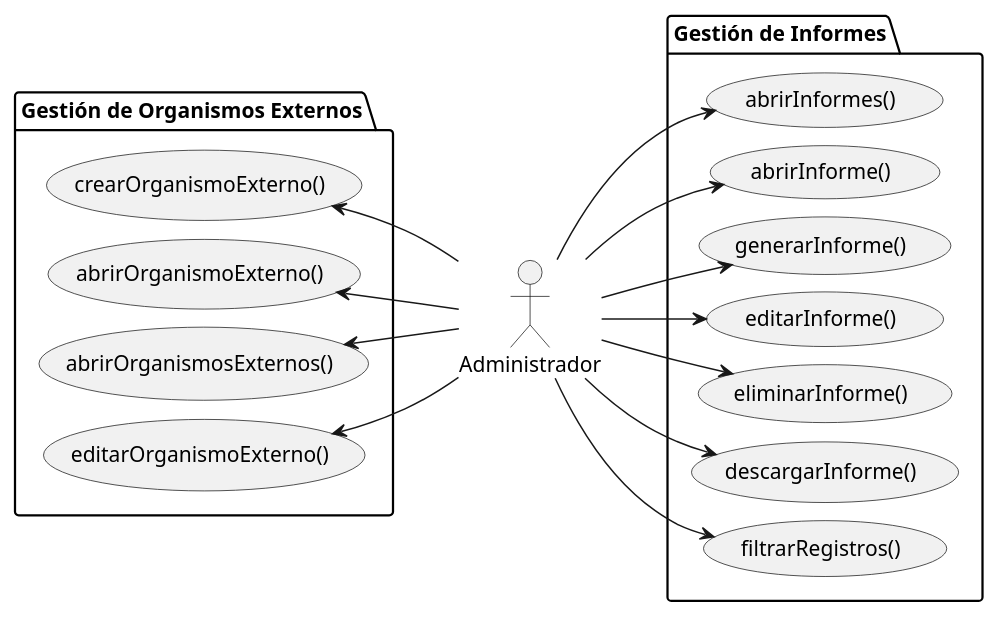
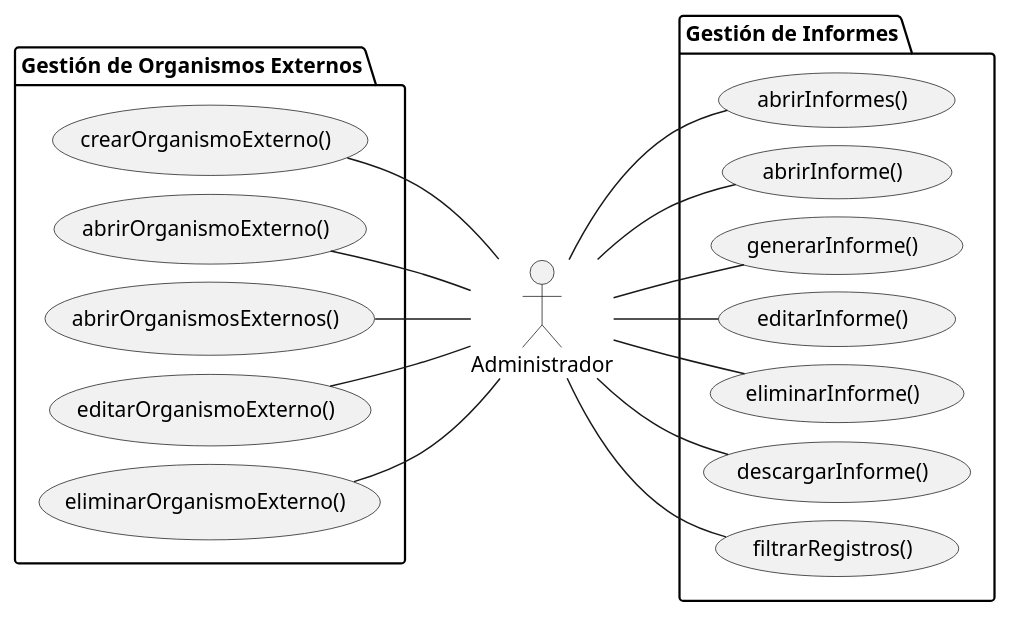
The diagram in modelosUML/01-actores-casos-uso/dimension-filtrado-informe/actores-casos-uso.puml (Angelo2272/26-27-IdSw1-SDR), drawn with PlantUML before and after one commit. The commit also changed 6 other files, not shown here.

First line of the commit message:
Refactor UML diagrams and update use cases

```diff
--- a/modelosUML/01-actores-casos-uso/dimension-filtrado-informe/actores-casos-uso.puml
+++ b/modelosUML/01-actores-casos-uso/dimension-filtrado-informe/actores-casos-uso.puml
@@ -1,39 +1,41 @@
 @startuml
 
 left to right direction
 skinparam ranksep 60
 skinparam nodesep 12
 
 actor "Administrador" as admin
 
 package "Gestión de Organismos Externos" {
     usecase crearOrganismoExterno as "crearOrganismoExterno()"
     usecase abrirOrganismoExterno as "abrirOrganismoExterno()"
     usecase abrirOrganismosExternos as "abrirOrganismosExternos()"
     usecase editarOrganismoExterno as "editarOrganismoExterno()"
+    usecase eliminarOrganismoExterno as "eliminarOrganismoExterno()"
 }
 
 package "Gestión de Informes" {
     usecase abrirInformes as "abrirInformes()"
     usecase abrirInforme as "abrirInforme()"
     usecase generarInforme as "generarInforme()"
     usecase editarInforme as "editarInforme()"
     usecase eliminarInforme as "eliminarInforme()"
     usecase descargarInforme as "descargarInforme()"
     usecase filtrarRegistros as "filtrarRegistros()"
 }
 
-crearOrganismoExterno <-- admin
-abrirOrganismoExterno <-- admin
-abrirOrganismosExternos <-- admin
-editarOrganismoExterno <-- admin
+crearOrganismoExterno -- admin
+abrirOrganismoExterno -- admin
+abrirOrganismosExternos -- admin
+editarOrganismoExterno -- admin
+eliminarOrganismoExterno -- admin
 
-admin --> abrirInformes
-admin --> abrirInforme
-admin --> generarInforme
-admin --> editarInforme
-admin --> eliminarInforme
-admin --> descargarInforme
-admin --> filtrarRegistros
+admin -- abrirInformes
+admin -- abrirInforme
+admin -- generarInforme
+admin -- editarInforme
+admin -- eliminarInforme
+admin -- descargarInforme
+admin -- filtrarRegistros
 
 @enduml
```
